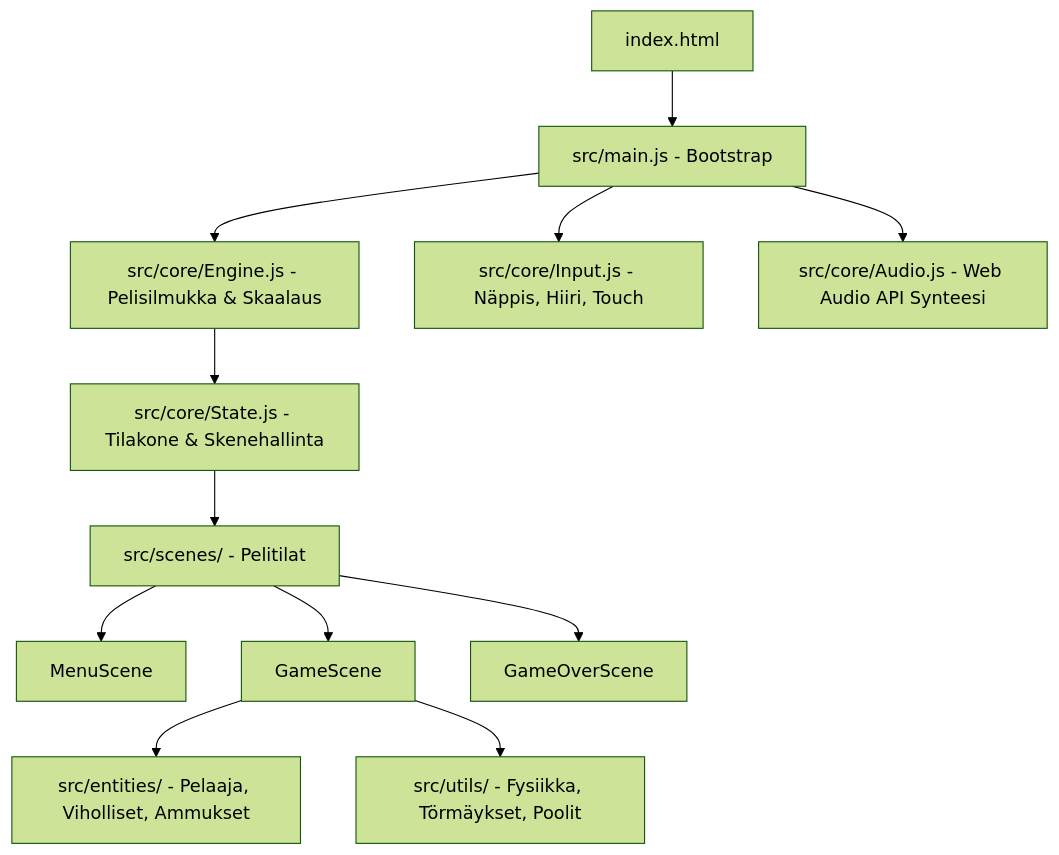
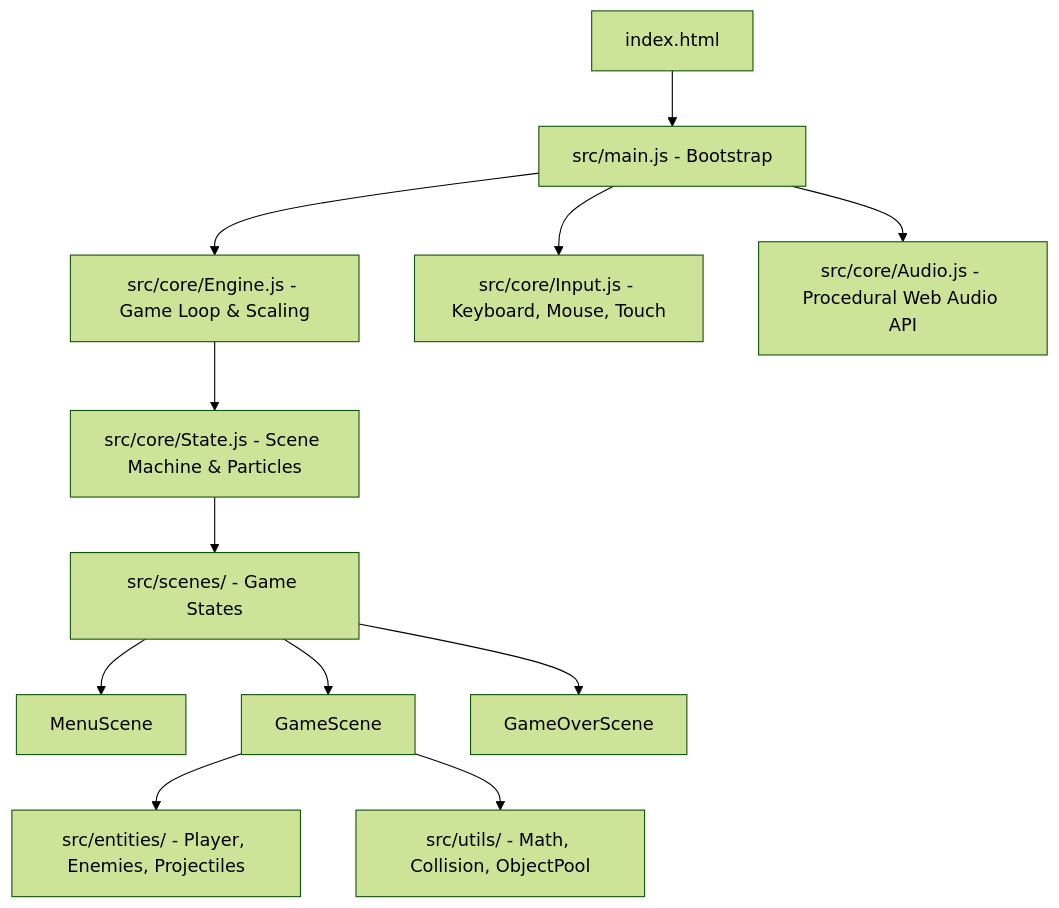
Before and after one commit to Samrude1/Agentic-games-template: the diagram in .agents/blueprint/ARCHITECTURE.md, drawn with Mermaid (forest theme). The commit also changed other lines of this file and 28 other files, not shown here.

````diff
--- a/.agents/blueprint/ARCHITECTURE.md
+++ b/.agents/blueprint/ARCHITECTURE.md
@@ -9,14 +9,14 @@
 ```mermaid
 graph TD
     A[index.html] --> B[src/main.js - Bootstrap]
-    B --> C[src/core/Engine.js - Pelisilmukka & Skaalaus]
-    B --> D[src/core/Input.js - Näppis, Hiiri, Touch]
-    B --> E[src/core/Audio.js - Web Audio API Synteesi]
-    C --> F[src/core/State.js - Tilakone & Skenehallinta]
-    F --> G[src/scenes/ - Pelitilat]
+    B --> C[src/core/Engine.js - Game Loop & Scaling]
+    B --> D[src/core/Input.js - Keyboard, Mouse, Touch]
+    B --> E[src/core/Audio.js - Procedural Web Audio API]
+    C --> F[src/core/State.js - Scene Machine & Particles]
+    F --> G[src/scenes/ - Game States]
     G --> H[MenuScene]
     G --> I[GameScene]
     G --> J[GameOverScene]
-    I --> K[src/entities/ - Pelaaja, Viholliset, Ammukset]
-    I --> L[src/utils/ - Fysiikka, Törmäykset, Poolit]
+    I --> K[src/entities/ - Player, Enemies, Projectiles]
+    I --> L[src/utils/ - Math, Collision, ObjectPool]
 ```
````
